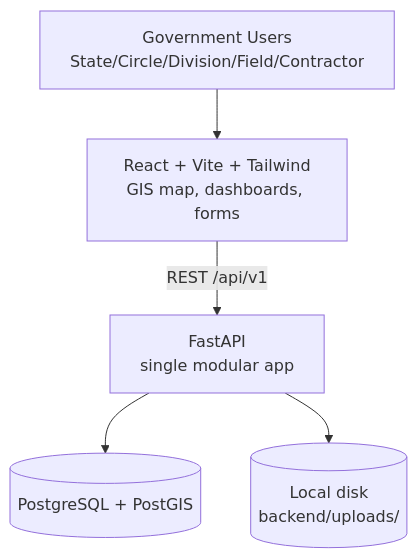
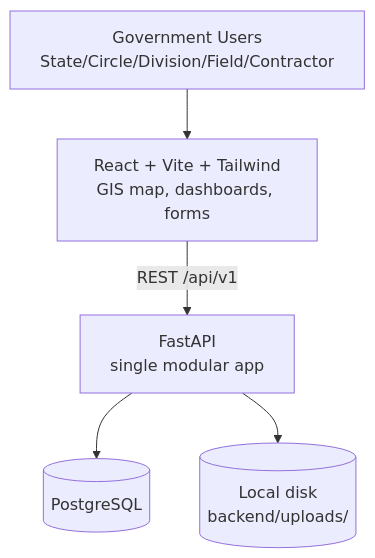
Before and after one commit to Rudra2712/Assest_management_pravi: the first of 3 diagrams in docs/architecture.md, drawn with Mermaid. The commit also changed other lines of this file and 94 other files, not shown here.

````diff
--- a/docs/architecture.md
+++ b/docs/architecture.md
@@ -9,7 +9,7 @@
 ```mermaid
 flowchart TB
     U[Government Users<br/>State/Circle/Division/Field/Contractor] --> FE[React + Vite + Tailwind<br/>GIS map, dashboards, forms]
     FE -->|REST /api/v1| BE[FastAPI<br/>single modular app]
-    BE --> DB[(PostgreSQL + PostGIS)]
+    BE --> DB[(PostgreSQL)]
     BE --> FS[(Local disk<br/>backend/uploads/)]
 ```
````
